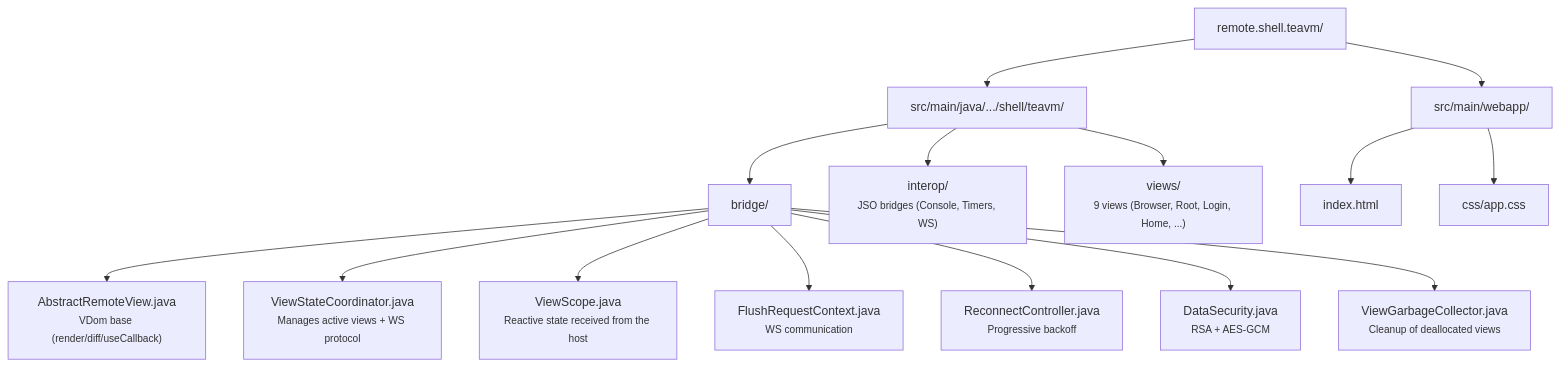
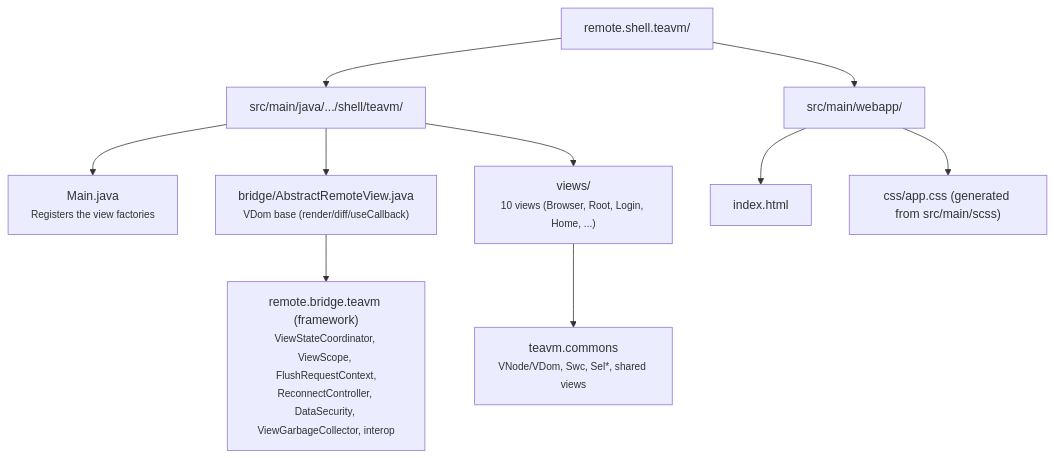
One commit to mrcdom/wdc-cube-java-v2 changed the third of 3 diagrams in fontes/br.com.wdc.store/br.com.wdc.store.view.remote/README.md. Above: the diagram before and after it, drawn with Mermaid. The commit also changed other lines of this file and 50 other files, not shown here.

````diff
--- a/fontes/br.com.wdc.store/br.com.wdc.store.view.remote/README.md
+++ b/fontes/br.com.wdc.store/br.com.wdc.store.view.remote/README.md
@@ -128,33 +139,23 @@
 ```mermaid
 graph TD
     root["remote.shell.teavm/"]
     srcJava["src/main/java/.../shell/teavm/"]
-    bridge["bridge/"]
-    arv["AbstractRemoteView.java<br/><small>VDom base (render/diff/useCallback)</small>"]
-    vsc["ViewStateCoordinator.java<br/><small>Manages active views + WS protocol</small>"]
-    vs["ViewScope.java<br/><small>Reactive state received from the host</small>"]
-    frc["FlushRequestContext.java<br/><small>WS communication</small>"]
-    rc["ReconnectController.java<br/><small>Progressive backoff</small>"]
-    ds["DataSecurity.java<br/><small>RSA + AES-GCM</small>"]
-    vgc["ViewGarbageCollector.java<br/><small>Cleanup of deallocated views</small>"]
-    interop["interop/<br/><small>JSO bridges (Console, Timers, WS)</small>"]
-    views["views/<br/><small>9 views (Browser, Root, Login, Home, ...)</small>"]
+    main["Main.java<br/><small>Registers the view factories</small>"]
+    bridge["bridge/AbstractRemoteView.java<br/><small>VDom base (render/diff/useCallback)</small>"]
+    views["views/<br/><small>10 views (Browser, Root, Login, Home, ...)</small>"]
     webapp["src/main/webapp/"]
     index["index.html"]
-    css["css/app.css"]
+    css["css/app.css (generated from src/main/scss)"]
+    fw["remote.bridge.teavm (framework)<br/><small>ViewStateCoordinator, ViewScope, FlushRequestContext,<br/>ReconnectController, DataSecurity, ViewGarbageCollector, interop</small>"]
+    commons["teavm.commons<br/><small>VNode/VDom, Swc, Sel*, shared views</small>"]
 
     root --> srcJava
     root --> webapp
+    srcJava --> main
     srcJava --> bridge
-    srcJava --> interop
     srcJava --> views
-    bridge --> arv
-    bridge --> vsc
-    bridge --> vs
-    bridge --> frc
-    bridge --> rc
-    bridge --> ds
-    bridge --> vgc
     webapp --> index
     webapp --> css
+    bridge --> fw
+    views --> commons
 ```
````
